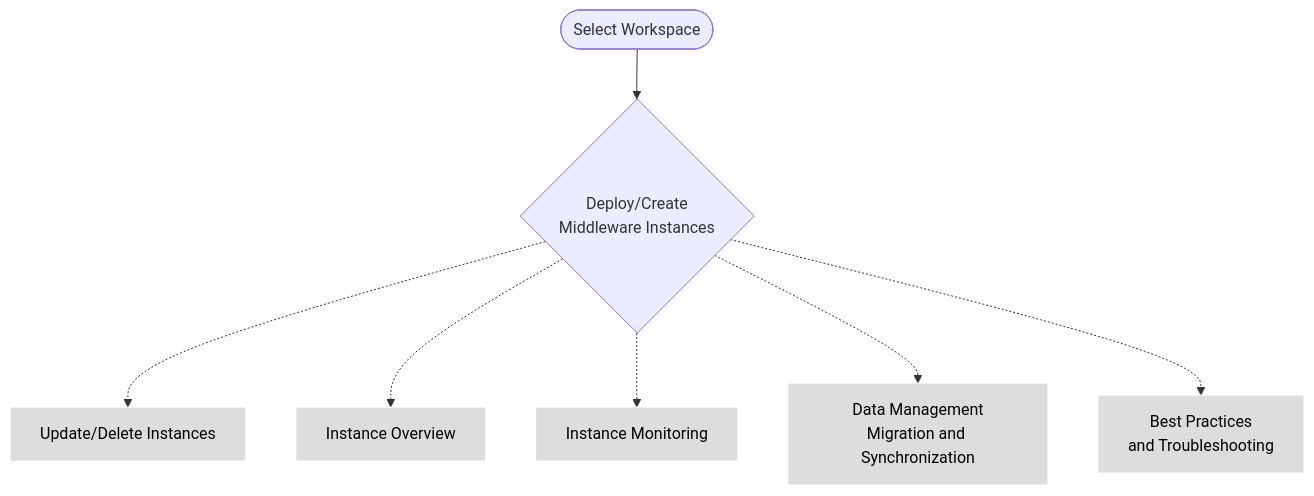
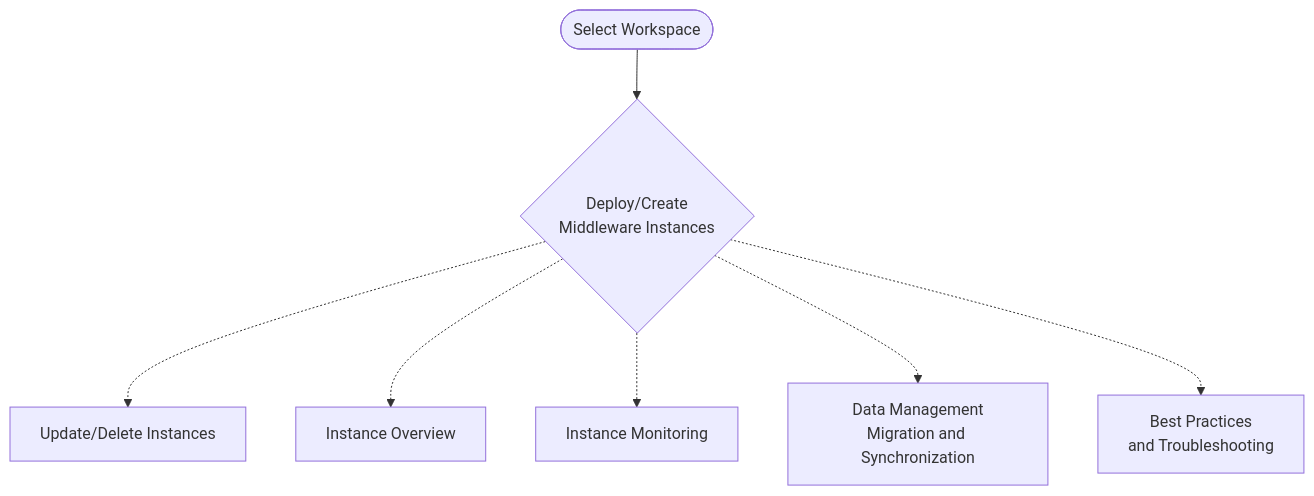
Before and after one commit to DaoCloud/DaoCloud-docs: the diagram in docs/en/docs/middleware/index.md, drawn with Mermaid. The commit also changed 40 other files, not shown here.

Commit message:
remove classdef and class from mermaid blocks globally (#7555)

````diff
--- a/docs/en/docs/middleware/index.md
+++ b/docs/en/docs/middleware/index.md
@@ -139,16 +139,10 @@
 ```mermaid
 graph TD
 
     ws([Select Workspace]) --> create{Deploy/Create<br/>Middleware Instances}
     create -.-> update[Update/Delete Instances]
     create -.-> overview[Instance Overview]
     create -.-> monitor[Instance Monitoring]
     create -.-> migrate[Data Management<br/>Migration and Synchronization]
     create -.-> practice[Best Practices<br/>and Troubleshooting]
-
-classDef plain fill:#ddd,stroke:#fff,stroke-width:1px,color:#000;
-classDef k8s fill:#326ce5,stroke:#fff,stroke-width:1px,color:#fff;
-classDef cluster fill:#fff,stroke:#bbb,stroke-width:1px,color:#326ce5;
-
-class update,overview,monitor,migrate,practice plain
 ```
````
